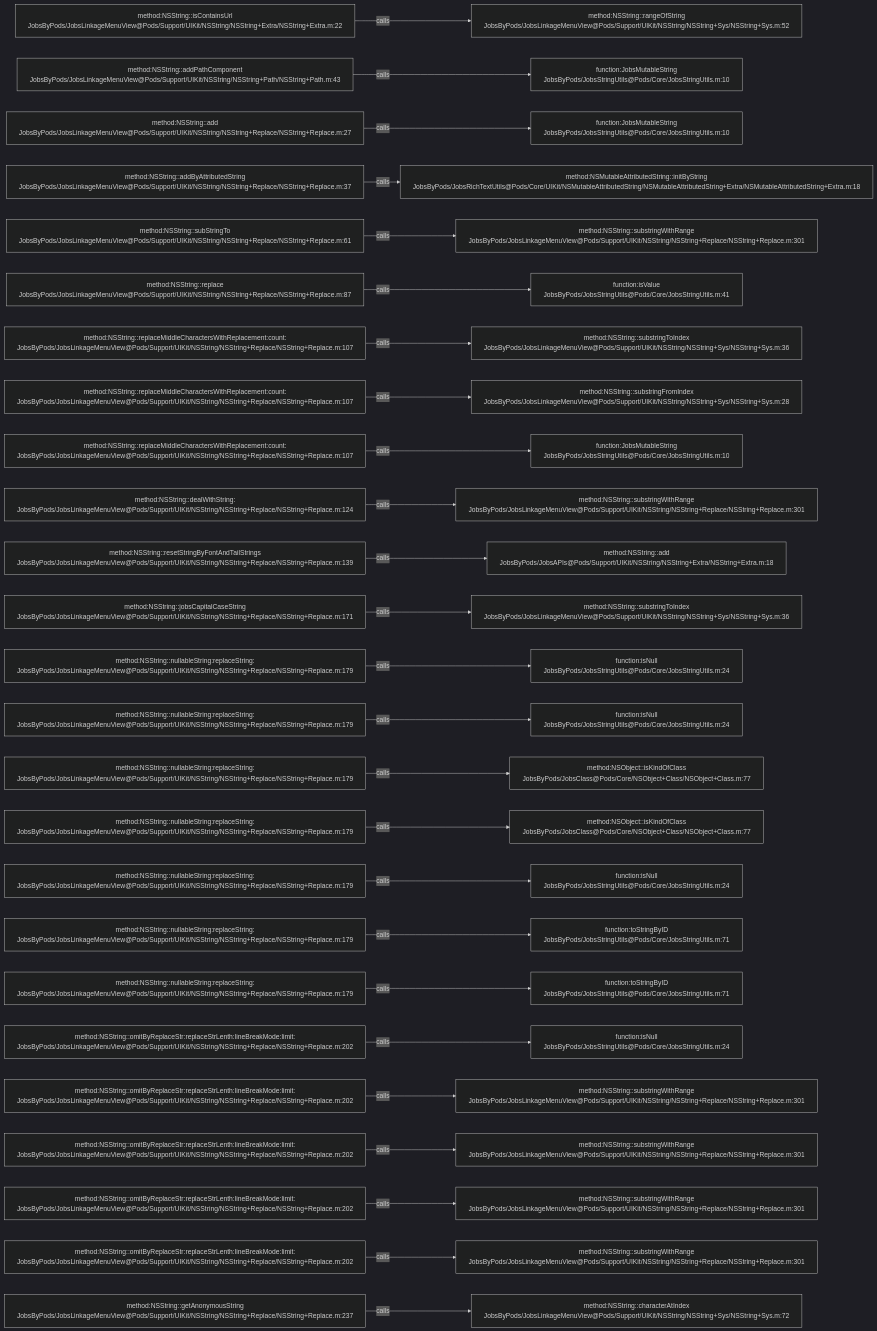
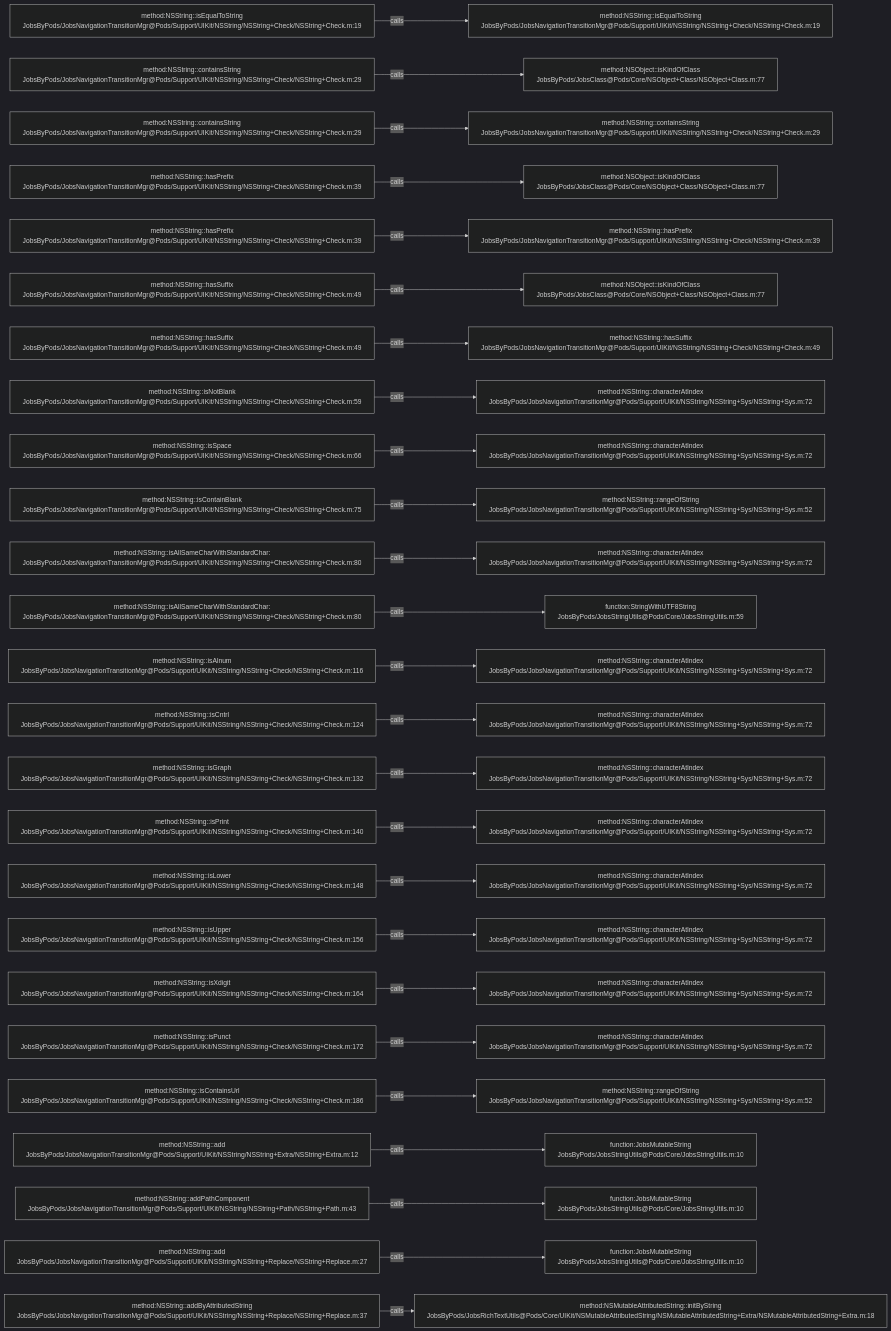
Before and after one commit to JobsKits/JobsOCBaseConfigDemo: the diagram in .codegraph/codegraph.md/graphs/calls-131.md, drawn with Mermaid (dark theme). The commit also changed 1026 other files, not shown here.

````diff
--- a/.codegraph/codegraph.md/graphs/calls-131.md
+++ b/.codegraph/codegraph.md/graphs/calls-131.md
@@ -13,78 +13,78 @@
 ```mermaid
 flowchart LR
-  S1["method:NSString::isContainsUrl<br/>JobsByPods/JobsLinkageMenuView@Pods/Support/UIKit/NSString/NSString+Extra/NSString+Extra.m:22"]
-  T1["method:NSString::rangeOfString<br/>JobsByPods/JobsLinkageMenuView@Pods/Support/UIKit/NSString/NSString+Sys/NSString+Sys.m:52"]
+  S1["method:NSString::isEqualToString<br/>JobsByPods/JobsNavigationTransitionMgr@Pods/Support/UIKit/NSString/NSString+Check/NSString+Check.m:19"]
+  T1["method:NSString::isEqualToString<br/>JobsByPods/JobsNavigationTransitionMgr@Pods/Support/UIKit/NSString/NSString+Check/NSString+Check.m:19"]
   S1 -->|calls| T1
-  S2["method:NSString::addPathComponent<br/>JobsByPods/JobsLinkageMenuView@Pods/Support/UIKit/NSString/NSString+Path/NSString+Path.m:43"]
-  T2["function:JobsMutableString<br/>JobsByPods/JobsStringUtils@Pods/Core/JobsStringUtils.m:10"]
+  S2["method:NSString::containsString<br/>JobsByPods/JobsNavigationTransitionMgr@Pods/Support/UIKit/NSString/NSString+Check/NSString+Check.m:29"]
+  T2["method:NSObject::isKindOfClass<br/>JobsByPods/JobsClass@Pods/Core/NSObject+Class/NSObject+Class.m:77"]
   S2 -->|calls| T2
-  S3["method:NSString::add<br/>JobsByPods/JobsLinkageMenuView@Pods/Support/UIKit/NSString/NSString+Replace/NSString+Replace.m:27"]
-  T3["function:JobsMutableString<br/>JobsByPods/JobsStringUtils@Pods/Core/JobsStringUtils.m:10"]
+  S3["method:NSString::containsString<br/>JobsByPods/JobsNavigationTransitionMgr@Pods/Support/UIKit/NSString/NSString+Check/NSString+Check.m:29"]
+  T3["method:NSString::containsString<br/>JobsByPods/JobsNavigationTransitionMgr@Pods/Support/UIKit/NSString/NSString+Check/NSString+Check.m:29"]
   S3 -->|calls| T3
-  S4["method:NSString::addByAttributedString<br/>JobsByPods/JobsLinkageMenuView@Pods/Support/UIKit/NSString/NSString+Replace/NSString+Replace.m:37"]
-  T4["method:NSMutableAttributedString::initByString<br/>JobsByPods/JobsRichTextUtils@Pods/Core/UIKit/NSMutableAttributedString/NSMutableAttributedString+Extra/NSMutableAttributedString+Extra.m:18"]
+  S4["method:NSString::hasPrefix<br/>JobsByPods/JobsNavigationTransitionMgr@Pods/Support/UIKit/NSString/NSString+Check/NSString+Check.m:39"]
+  T4["method:NSObject::isKindOfClass<br/>JobsByPods/JobsClass@Pods/Core/NSObject+Class/NSObject+Class.m:77"]
   S4 -->|calls| T4
-  S5["method:NSString::subStringTo<br/>JobsByPods/JobsLinkageMenuView@Pods/Support/UIKit/NSString/NSString+Replace/NSString+Replace.m:61"]
-  T5["method:NSString::substringWithRange<br/>JobsByPods/JobsLinkageMenuView@Pods/Support/UIKit/NSString/NSString+Replace/NSString+Replace.m:301"]
+  S5["method:NSString::hasPrefix<br/>JobsByPods/JobsNavigationTransitionMgr@Pods/Support/UIKit/NSString/NSString+Check/NSString+Check.m:39"]
+  T5["method:NSString::hasPrefix<br/>JobsByPods/JobsNavigationTransitionMgr@Pods/Support/UIKit/NSString/NSString+Check/NSString+Check.m:39"]
   S5 -->|calls| T5
-  S6["method:NSString::replace<br/>JobsByPods/JobsLinkageMenuView@Pods/Support/UIKit/NSString/NSString+Replace/NSString+Replace.m:87"]
-  T6["function:isValue<br/>JobsByPods/JobsStringUtils@Pods/Core/JobsStringUtils.m:41"]
+  S6["method:NSString::hasSuffix<br/>JobsByPods/JobsNavigationTransitionMgr@Pods/Support/UIKit/NSString/NSString+Check/NSString+Check.m:49"]
+  T6["method:NSObject::isKindOfClass<br/>JobsByPods/JobsClass@Pods/Core/NSObject+Class/NSObject+Class.m:77"]
   S6 -->|calls| T6
-  S7["method:NSString::replaceMiddleCharactersWithReplacement:count:<br/>JobsByPods/JobsLinkageMenuView@Pods/Support/UIKit/NSString/NSString+Replace/NSString+Replace.m:107"]
-  T7["method:NSString::substringToIndex<br/>JobsByPods/JobsLinkageMenuView@Pods/Support/UIKit/NSString/NSString+Sys/NSString+Sys.m:36"]
+  S7["method:NSString::hasSuffix<br/>JobsByPods/JobsNavigationTransitionMgr@Pods/Support/UIKit/NSString/NSString+Check/NSString+Check.m:49"]
+  T7["method:NSString::hasSuffix<br/>JobsByPods/JobsNavigationTransitionMgr@Pods/Support/UIKit/NSString/NSString+Check/NSString+Check.m:49"]
   S7 -->|calls| T7
-  S8["method:NSString::replaceMiddleCharactersWithReplacement:count:<br/>JobsByPods/JobsLinkageMenuView@Pods/Support/UIKit/NSString/NSString+Replace/NSString+Replace.m:107"]
-  T8["method:NSString::substringFromIndex<br/>JobsByPods/JobsLinkageMenuView@Pods/Support/UIKit/NSString/NSString+Sys/NSString+Sys.m:28"]
+  S8["method:NSString::isNotBlank<br/>JobsByPods/JobsNavigationTransitionMgr@Pods/Support/UIKit/NSString/NSString+Check/NSString+Check.m:59"]
+  T8["method:NSString::characterAtIndex<br/>JobsByPods/JobsNavigationTransitionMgr@Pods/Support/UIKit/NSString/NSString+Sys/NSString+Sys.m:72"]
   S8 -->|calls| T8
-  S9["method:NSString::replaceMiddleCharactersWithReplacement:count:<br/>JobsByPods/JobsLinkageMenuView@Pods/Support/UIKit/NSString/NSString+Replace/NSString+Replace.m:107"]
-  T9["function:JobsMutableString<br/>JobsByPods/JobsStringUtils@Pods/Core/JobsStringUtils.m:10"]
+  S9["method:NSString::isSpace<br/>JobsByPods/JobsNavigationTransitionMgr@Pods/Support/UIKit/NSString/NSString+Check/NSString+Check.m:66"]
+  T9["method:NSString::characterAtIndex<br/>JobsByPods/JobsNavigationTransitionMgr@Pods/Support/UIKit/NSString/NSString+Sys/NSString+Sys.m:72"]
   S9 -->|calls| T9
-  S10["method:NSString::dealWithString:<br/>JobsByPods/JobsLinkageMenuView@Pods/Support/UIKit/NSString/NSString+Replace/NSString+Replace.m:124"]
-  T10["method:NSString::substringWithRange<br/>JobsByPods/JobsLinkageMenuView@Pods/Support/UIKit/NSString/NSString+Replace/NSString+Replace.m:301"]
+  S10["method:NSString::isContainBlank<br/>JobsByPods/JobsNavigationTransitionMgr@Pods/Support/UIKit/NSString/NSString+Check/NSString+Check.m:75"]
+  T10["method:NSString::rangeOfString<br/>JobsByPods/JobsNavigationTransitionMgr@Pods/Support/UIKit/NSString/NSString+Sys/NSString+Sys.m:52"]
   S10 -->|calls| T10
-  S11["method:NSString::resetStringByFontAndTailStrings<br/>JobsByPods/JobsLinkageMenuView@Pods/Support/UIKit/NSString/NSString+Replace/NSString+Replace.m:139"]
-  T11["method:NSString::add<br/>JobsByPods/JobsAPIs@Pods/Support/UIKit/NSString/NSString+Extra/NSString+Extra.m:18"]
+  S11["method:NSString::isAllSameCharWithStandardChar:<br/>JobsByPods/JobsNavigationTransitionMgr@Pods/Support/UIKit/NSString/NSString+Check/NSString+Check.m:80"]
+  T11["method:NSString::characterAtIndex<br/>JobsByPods/JobsNavigationTransitionMgr@Pods/Support/UIKit/NSString/NSString+Sys/NSString+Sys.m:72"]
   S11 -->|calls| T11
-  S12["method:NSString::jobsCapitalCaseString<br/>JobsByPods/JobsLinkageMenuView@Pods/Support/UIKit/NSString/NSString+Replace/NSString+Replace.m:171"]
-  T12["method:NSString::substringToIndex<br/>JobsByPods/JobsLinkageMenuView@Pods/Support/UIKit/NSString/NSString+Sys/NSString+Sys.m:36"]
+  S12["method:NSString::isAllSameCharWithStandardChar:<br/>JobsByPods/JobsNavigationTransitionMgr@Pods/Support/UIKit/NSString/NSString+Check/NSString+Check.m:80"]
+  T12["function:StringWithUTF8String<br/>JobsByPods/JobsStringUtils@Pods/Core/JobsStringUtils.m:59"]
   S12 -->|calls| T12
-  S13["method:NSString::nullableString:replaceString:<br/>JobsByPods/JobsLinkageMenuView@Pods/Support/UIKit/NSString/NSString+Replace/NSString+Replace.m:179"]
-  T13["function:isNull<br/>JobsByPods/JobsStringUtils@Pods/Core/JobsStringUtils.m:24"]
+  S13["method:NSString::isAlnum<br/>JobsByPods/JobsNavigationTransitionMgr@Pods/Support/UIKit/NSString/NSString+Check/NSString+Check.m:116"]
+  T13["method:NSString::characterAtIndex<br/>JobsByPods/JobsNavigationTransitionMgr@Pods/Support/UIKit/NSString/NSString+Sys/NSString+Sys.m:72"]
   S13 -->|calls| T13
-  S14["method:NSString::nullableString:replaceString:<br/>JobsByPods/JobsLinkageMenuView@Pods/Support/UIKit/NSString/NSString+Replace/NSString+Replace.m:179"]
-  T14["function:isNull<br/>JobsByPods/JobsStringUtils@Pods/Core/JobsStringUtils.m:24"]
+  S14["method:NSString::isCntrl<br/>JobsByPods/JobsNavigationTransitionMgr@Pods/Support/UIKit/NSString/NSString+Check/NSString+Check.m:124"]
+  T14["method:NSString::characterAtIndex<br/>JobsByPods/JobsNavigationTransitionMgr@Pods/Support/UIKit/NSString/NSString+Sys/NSString+Sys.m:72"]
   S14 -->|calls| T14
-  S15["method:NSString::nullableString:replaceString:<br/>JobsByPods/JobsLinkageMenuView@Pods/Support/UIKit/NSString/NSString+Replace/NSString+Replace.m:179"]
-  T15["method:NSObject::isKindOfClass<br/>JobsByPods/JobsClass@Pods/Core/NSObject+Class/NSObject+Class.m:77"]
+  S15["method:NSString::isGraph<br/>JobsByPods/JobsNavigationTransitionMgr@Pods/Support/UIKit/NSString/NSString+Check/NSString+Check.m:132"]
+  T15["method:NSString::characterAtIndex<br/>JobsByPods/JobsNavigationTransitionMgr@Pods/Support/UIKit/NSString/NSString+Sys/NSString+Sys.m:72"]
   S15 -->|calls| T15
-  S16["method:NSString::nullableString:replaceString:<br/>JobsByPods/JobsLinkageMenuView@Pods/Support/UIKit/NSString/NSString+Replace/NSString+Replace.m:179"]
-  T16["method:NSObject::isKindOfClass<br/>JobsByPods/JobsClass@Pods/Core/NSObject+Class/NSObject+Class.m:77"]
+  S16["method:NSString::isPrint<br/>JobsByPods/JobsNavigationTransitionMgr@Pods/Support/UIKit/NSString/NSString+Check/NSString+Check.m:140"]
+  T16["method:NSString::characterAtIndex<br/>JobsByPods/JobsNavigationTransitionMgr@Pods/Support/UIKit/NSString/NSString+Sys/NSString+Sys.m:72"]
   S16 -->|calls| T16
-  S17["method:NSString::nullableString:replaceString:<br/>JobsByPods/JobsLinkageMenuView@Pods/Support/UIKit/NSString/NSString+Replace/NSString+Replace.m:179"]
-  T17["function:isNull<br/>JobsByPods/JobsStringUtils@Pods/Core/JobsStringUtils.m:24"]
+  S17["method:NSString::isLower<br/>JobsByPods/JobsNavigationTransitionMgr@Pods/Support/UIKit/NSString/NSString+Check/NSString+Check.m:148"]
+  T17["method:NSString::characterAtIndex<br/>JobsByPods/JobsNavigationTransitionMgr@Pods/Support/UIKit/NSString/NSString+Sys/NSString+Sys.m:72"]
   S17 -->|calls| T17
-  S18["method:NSString::nullableString:replaceString:<br/>JobsByPods/JobsLinkageMenuView@Pods/Support/UIKit/NSString/NSString+Replace/NSString+Replace.m:179"]
-  T18["function:toStringByID<br/>JobsByPods/JobsStringUtils@Pods/Core/JobsStringUtils.m:71"]
+  S18["method:NSString::isUpper<br/>JobsByPods/JobsNavigationTransitionMgr@Pods/Support/UIKit/NSString/NSString+Check/NSString+Check.m:156"]
+  T18["method:NSString::characterAtIndex<br/>JobsByPods/JobsNavigationTransitionMgr@Pods/Support/UIKit/NSString/NSString+Sys/NSString+Sys.m:72"]
   S18 -->|calls| T18
-  S19["method:NSString::nullableString:replaceString:<br/>JobsByPods/JobsLinkageMenuView@Pods/Support/UIKit/NSString/NSString+Replace/NSString+Replace.m:179"]
-  T19["function:toStringByID<br/>JobsByPods/JobsStringUtils@Pods/Core/JobsStringUtils.m:71"]
+  S19["method:NSString::isXdigit<br/>JobsByPods/JobsNavigationTransitionMgr@Pods/Support/UIKit/NSString/NSString+Check/NSString+Check.m:164"]
+  T19["method:NSString::characterAtIndex<br/>JobsByPods/JobsNavigationTransitionMgr@Pods/Support/UIKit/NSString/NSString+Sys/NSString+Sys.m:72"]
   S19 -->|calls| T19
-  S20["method:NSString::omitByReplaceStr:replaceStrLenth:lineBreakMode:limit:<br/>JobsByPods/JobsLinkageMenuView@Pods/Support/UIKit/NSString/NSString+Replace/NSString+Replace.m:202"]
-  T20["function:isNull<br/>JobsByPods/JobsStringUtils@Pods/Core/JobsStringUtils.m:24"]
+  S20["method:NSString::isPunct<br/>JobsByPods/JobsNavigationTransitionMgr@Pods/Support/UIKit/NSString/NSString+Check/NSString+Check.m:172"]
+  T20["method:NSString::characterAtIndex<br/>JobsByPods/JobsNavigationTransitionMgr@Pods/Support/UIKit/NSString/NSString+Sys/NSString+Sys.m:72"]
   S20 -->|calls| T20
-  S21["method:NSString::omitByReplaceStr:replaceStrLenth:lineBreakMode:limit:<br/>JobsByPods/JobsLinkageMenuView@Pods/Support/UIKit/NSString/NSString+Replace/NSString+Replace.m:202"]
-  T21["method:NSString::substringWithRange<br/>JobsByPods/JobsLinkageMenuView@Pods/Support/UIKit/NSString/NSString+Replace/NSString+Replace.m:301"]
+  S21["method:NSString::isContainsUrl<br/>JobsByPods/JobsNavigationTransitionMgr@Pods/Support/UIKit/NSString/NSString+Check/NSString+Check.m:186"]
+  T21["method:NSString::rangeOfString<br/>JobsByPods/JobsNavigationTransitionMgr@Pods/Support/UIKit/NSString/NSString+Sys/NSString+Sys.m:52"]
   S21 -->|calls| T21
-  S22["method:NSString::omitByReplaceStr:replaceStrLenth:lineBreakMode:limit:<br/>JobsByPods/JobsLinkageMenuView@Pods/Support/UIKit/NSString/NSString+Replace/NSString+Replace.m:202"]
-  T22["method:NSString::substringWithRange<br/>JobsByPods/JobsLinkageMenuView@Pods/Support/UIKit/NSString/NSString+Replace/NSString+Replace.m:301"]
+  S22["method:NSString::add<br/>JobsByPods/JobsNavigationTransitionMgr@Pods/Support/UIKit/NSString/NSString+Extra/NSString+Extra.m:12"]
+  T22["function:JobsMutableString<br/>JobsByPods/JobsStringUtils@Pods/Core/JobsStringUtils.m:10"]
   S22 -->|calls| T22
-  S23["method:NSString::omitByReplaceStr:replaceStrLenth:lineBreakMode:limit:<br/>JobsByPods/JobsLinkageMenuView@Pods/Support/UIKit/NSString/NSString+Replace/NSString+Replace.m:202"]
-  T23["method:NSString::substringWithRange<br/>JobsByPods/JobsLinkageMenuView@Pods/Support/UIKit/NSString/NSString+Replace/NSString+Replace.m:301"]
+  S23["method:NSString::addPathComponent<br/>JobsByPods/JobsNavigationTransitionMgr@Pods/Support/UIKit/NSString/NSString+Path/NSString+Path.m:43"]
+  T23["function:JobsMutableString<br/>JobsByPods/JobsStringUtils@Pods/Core/JobsStringUtils.m:10"]
   S23 -->|calls| T23
-  S24["method:NSString::omitByReplaceStr:replaceStrLenth:lineBreakMode:limit:<br/>JobsByPods/JobsLinkageMenuView@Pods/Support/UIKit/NSString/NSString+Replace/NSString+Replace.m:202"]
-  T24["method:NSString::substringWithRange<br/>JobsByPods/JobsLinkageMenuView@Pods/Support/UIKit/NSString/NSString+Replace/NSString+Replace.m:301"]
+  S24["method:NSString::add<br/>JobsByPods/JobsNavigationTransitionMgr@Pods/Support/UIKit/NSString/NSString+Replace/NSString+Replace.m:27"]
+  T24["function:JobsMutableString<br/>JobsByPods/JobsStringUtils@Pods/Core/JobsStringUtils.m:10"]
   S24 -->|calls| T24
-  S25["method:NSString::getAnonymousString<br/>JobsByPods/JobsLinkageMenuView@Pods/Support/UIKit/NSString/NSString+Replace/NSString+Replace.m:237"]
-  T25["method:NSString::characterAtIndex<br/>JobsByPods/JobsLinkageMenuView@Pods/Support/UIKit/NSString/NSString+Sys/NSString+Sys.m:72"]
+  S25["method:NSString::addByAttributedString<br/>JobsByPods/JobsNavigationTransitionMgr@Pods/Support/UIKit/NSString/NSString+Replace/NSString+Replace.m:37"]
+  T25["method:NSMutableAttributedString::initByString<br/>JobsByPods/JobsRichTextUtils@Pods/Core/UIKit/NSMutableAttributedString/NSMutableAttributedString+Extra/NSMutableAttributedString+Extra.m:18"]
   S25 -->|calls| T25
 ```
````
